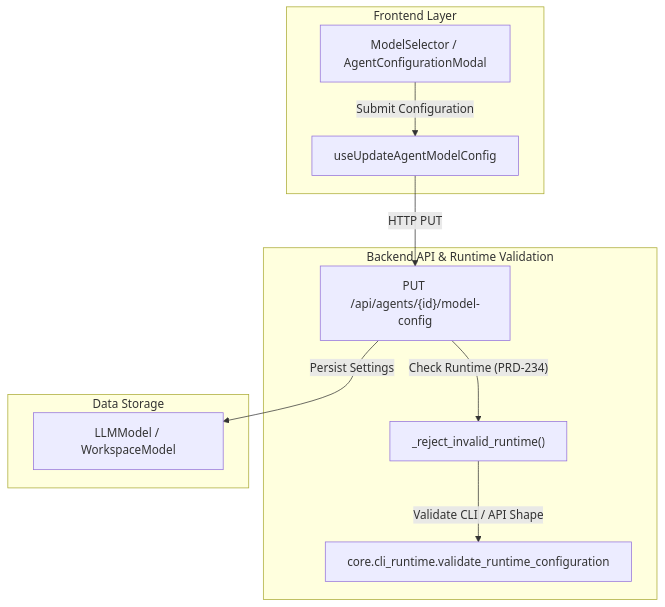
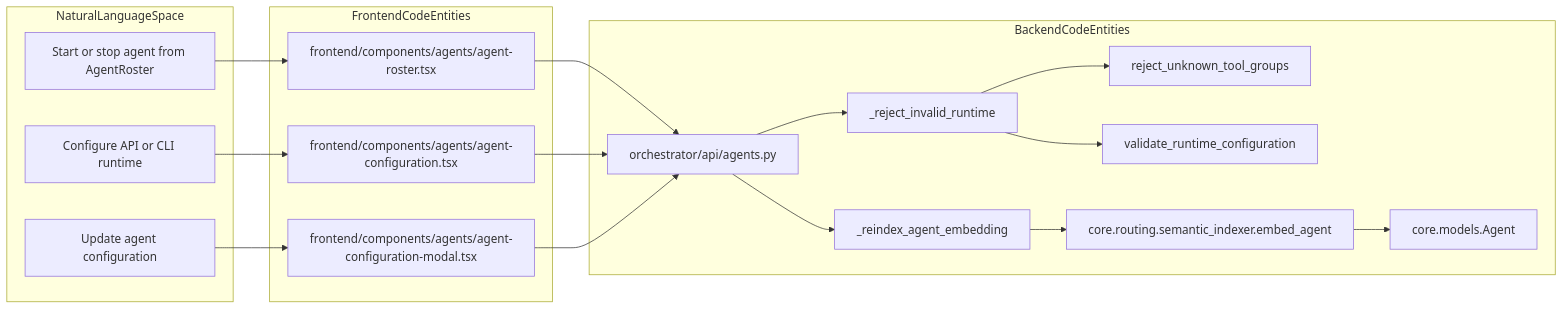
Before and after one commit to AutomatosAI/automatos-ai: the second of 2 diagrams in docs/agents/agent-api-reference.md, drawn with Mermaid. The commit also changed other lines of this file and 188 other files, not shown here.

First line of the commit message:
docs: refresh architecture docs and add coverage for new subsystems (#1416)

````diff
--- a/docs/agents/agent-api-reference.md
+++ b/docs/agents/agent-api-reference.md
@@ -135,23 +259,37 @@
 ```mermaid
-graph TB
-    subgraph "Frontend Layer"
-        UI_ModelSel["ModelSelector / AgentConfigurationModal"]
-        Hook_Model["useUpdateAgentModelConfig"]
-    end
-    
-    subgraph "Backend API & Runtime Validation"
-        Endpoint_Model["PUT /api/agents/{id}/model-config"]
-        Helper_Runtime["_reject_invalid_runtime()"]
-        Validator_Cli["core.cli_runtime.validate_runtime_configuration"]
-    end
-    
-    subgraph "Data Storage"
-        DB_Model["LLMModel / WorkspaceModel"]
+graph LR
+    subgraph "NaturalLanguageSpace"
+        NL_StartStop["Start or stop agent from AgentRoster"]
+        NL_Runtime["Configure API or CLI runtime"]
+        NL_Update["Update agent configuration"]
     end
 
-    UI_ModelSel -->|"Submit Configuration"| Hook_Model
-    Hook_Model -->|"HTTP PUT"| Endpoint_Model
-    Endpoint_Model -->|"Check Runtime (PRD-234)"| Helper_Runtime
-    Helper_Runtime -->|"Validate CLI / API Shape"| Validator_Cli
-    Endpoint_Model -->|"Persist Settings"| DB_Model
+    subgraph "FrontendCodeEntities"
+        FE_Roster["frontend/components/agents/agent-roster.tsx"]
+        FE_Config["frontend/components/agents/agent-configuration.tsx"]
+        FE_Modal["frontend/components/agents/agent-configuration-modal.tsx"]
+    end
+
+    subgraph "BackendCodeEntities"
+        BE_Router["orchestrator/api/agents.py"]
+        BE_Validate["_reject_invalid_runtime"]
+        BE_Groups["reject_unknown_tool_groups"]
+        BE_Runtime["validate_runtime_configuration"]
+        BE_Reindex["_reindex_agent_embedding"]
+        BE_Embed["core.routing.semantic_indexer.embed_agent"]
+        BE_Agent["core.models.Agent"]
+    end
+
+    NL_StartStop --> FE_Roster
+    NL_Runtime --> FE_Config
+    NL_Update --> FE_Modal
+    FE_Roster --> BE_Router
+    FE_Config --> BE_Router
+    FE_Modal --> BE_Router
+    BE_Router --> BE_Validate
+    BE_Validate --> BE_Groups
+    BE_Validate --> BE_Runtime
+    BE_Router --> BE_Reindex
+    BE_Reindex --> BE_Embed
+    BE_Embed --> BE_Agent
 ```
````
